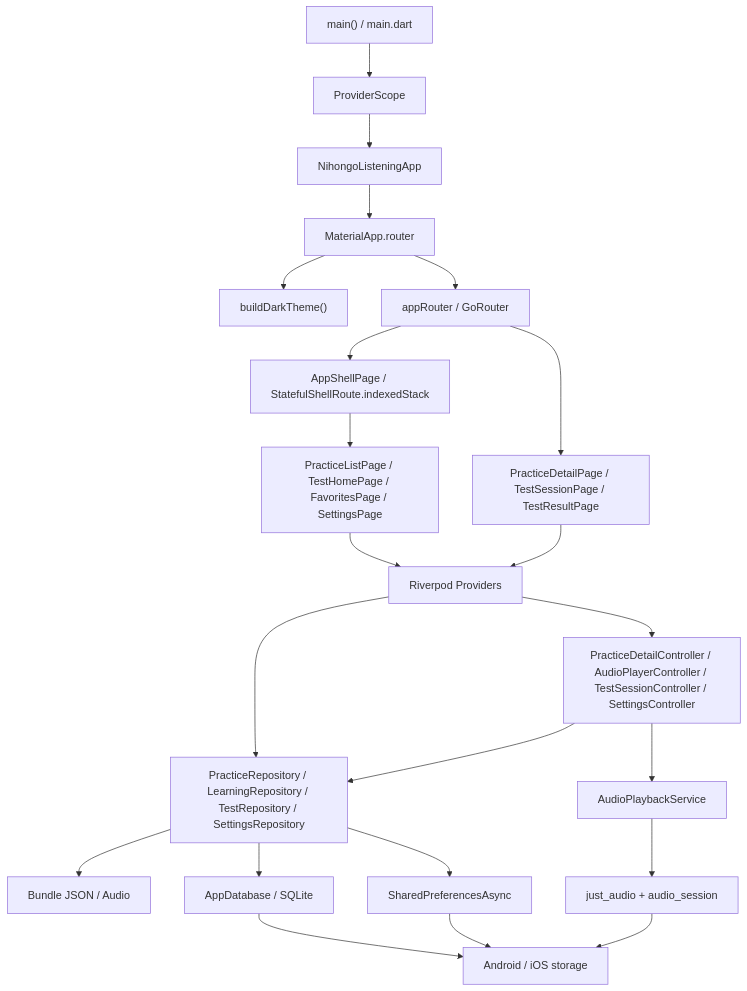
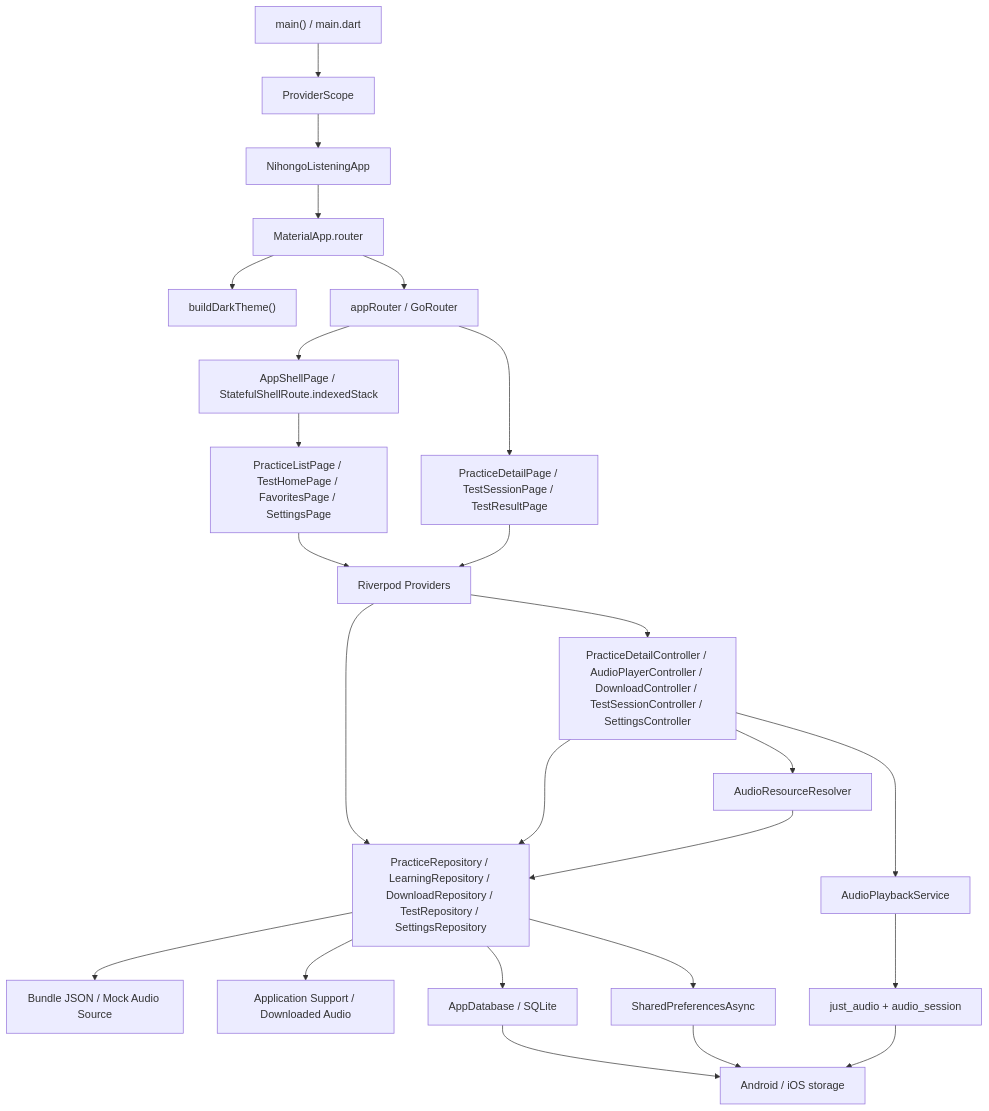
One commit to zhanghangcode/my_flutter changed the first of 12 diagrams in docs/APP_TECHNICAL_DESIGN.md. Above: the diagram before and after it, drawn with Mermaid. The commit also changed other lines of this file and 35 other files, not shown here.

````diff
--- a/docs/APP_TECHNICAL_DESIGN.md
+++ b/docs/APP_TECHNICAL_DESIGN.md
@@ -117,24 +117,27 @@
 ```mermaid
 flowchart TD
     Main["main() / main.dart"] --> Scope["ProviderScope"]
     Scope --> App["NihongoListeningApp"]
     App --> Material["MaterialApp.router"]
     Material --> Theme["buildDarkTheme()"]
     Material --> Router["appRouter / GoRouter"]
     Router --> Shell["AppShellPage / StatefulShellRoute.indexedStack"]
     Shell --> Pages["PracticeListPage / TestHomePage / FavoritesPage / SettingsPage"]
     Router --> FullPages["PracticeDetailPage / TestSessionPage / TestResultPage"]
     Pages --> Providers["Riverpod Providers"]
     FullPages --> Providers
-    Providers --> Controllers["PracticeDetailController / AudioPlayerController / TestSessionController / SettingsController"]
-    Providers --> Repositories["PracticeRepository / LearningRepository / TestRepository / SettingsRepository"]
+    Providers --> Controllers["PracticeDetailController / AudioPlayerController / DownloadController / TestSessionController / SettingsController"]
+    Providers --> Repositories["PracticeRepository / LearningRepository / DownloadRepository / TestRepository / SettingsRepository"]
     Controllers --> Repositories
     Controllers --> AudioService["AudioPlaybackService"]
-    Repositories --> Assets["Bundle JSON / Audio"]
+    Controllers --> Resolver["AudioResourceResolver"]
+    Resolver --> Repositories
+    Repositories --> Assets["Bundle JSON / Mock Audio Source"]
+    Repositories --> LocalAudio["Application Support / Downloaded Audio"]
     Repositories --> Drift["AppDatabase / SQLite"]
     Repositories --> Prefs["SharedPreferencesAsync"]
     AudioService --> JustAudio["just_audio + audio_session"]
     Drift --> Platform["Android / iOS storage"]
     Prefs --> Platform
     JustAudio --> Platform
 ```
````
